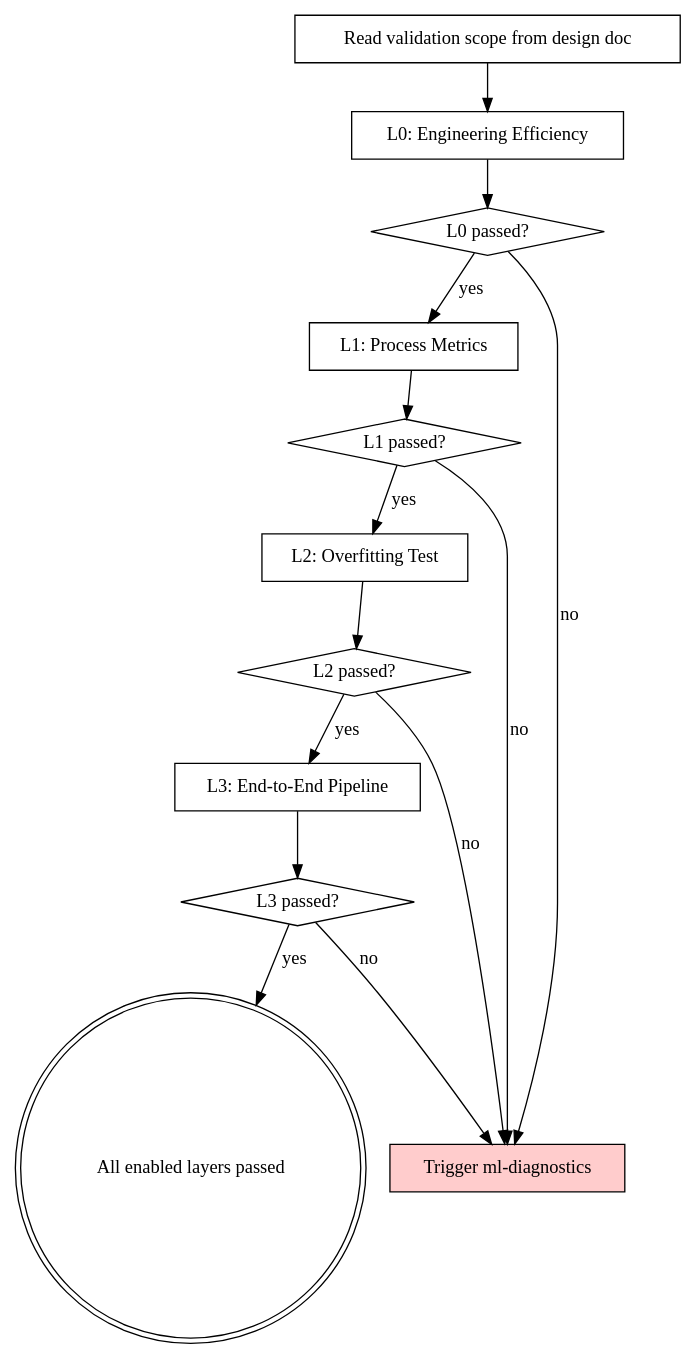
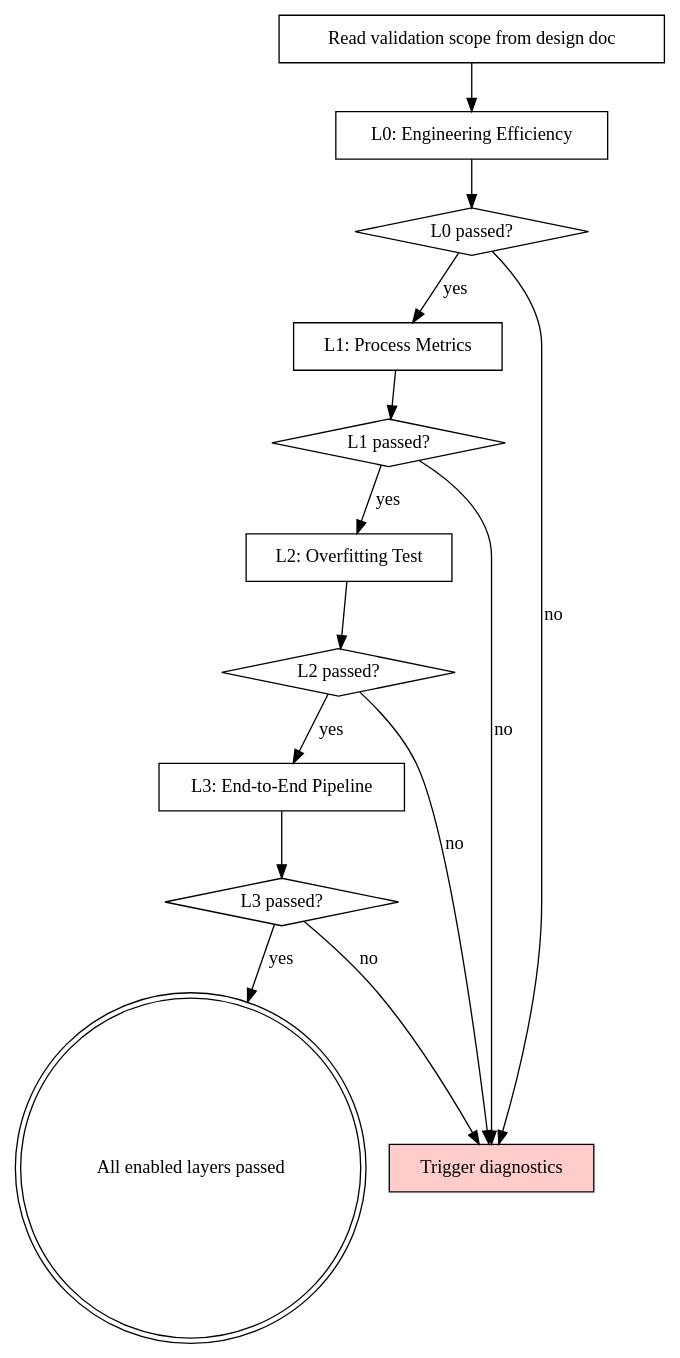
One commit to qqhard/superpowers-ML changed the diagram in skills/validation-pyramid/SKILL.md. Above: the diagram before and after it, drawn with Graphviz. The commit also changed other lines of this file and 20 other files, not shown here.

````diff
--- a/skills/validation-pyramid/SKILL.md
+++ b/skills/validation-pyramid/SKILL.md
@@ -24,29 +24,29 @@
 ```dot
 digraph validation_pyramid {
     "Read validation scope from design doc" [shape=box];
     "L0: Engineering Efficiency" [shape=box];
     "L0 passed?" [shape=diamond];
     "L1: Process Metrics" [shape=box];
     "L1 passed?" [shape=diamond];
     "L2: Overfitting Test" [shape=box];
     "L2 passed?" [shape=diamond];
     "L3: End-to-End Pipeline" [shape=box];
     "L3 passed?" [shape=diamond];
     "All enabled layers passed" [shape=doublecircle];
-    "Trigger ml-diagnostics" [shape=box, style=filled, fillcolor="#ffcccc"];
+    "Trigger diagnostics" [shape=box, style=filled, fillcolor="#ffcccc"];
 
     "Read validation scope from design doc" -> "L0: Engineering Efficiency";
     "L0: Engineering Efficiency" -> "L0 passed?";
     "L0 passed?" -> "L1: Process Metrics" [label="yes"];
-    "L0 passed?" -> "Trigger ml-diagnostics" [label="no"];
+    "L0 passed?" -> "Trigger diagnostics" [label="no"];
     "L1: Process Metrics" -> "L1 passed?";
     "L1 passed?" -> "L2: Overfitting Test" [label="yes"];
-    "L1 passed?" -> "Trigger ml-diagnostics" [label="no"];
+    "L1 passed?" -> "Trigger diagnostics" [label="no"];
     "L2: Overfitting Test" -> "L2 passed?";
     "L2 passed?" -> "L3: End-to-End Pipeline" [label="yes"];
-    "L2 passed?" -> "Trigger ml-diagnostics" [label="no"];
+    "L2 passed?" -> "Trigger diagnostics" [label="no"];
     "L3: End-to-End Pipeline" -> "L3 passed?";
     "L3 passed?" -> "All enabled layers passed" [label="yes"];
-    "L3 passed?" -> "Trigger ml-diagnostics" [label="no"];
+    "L3 passed?" -> "Trigger diagnostics" [label="no"];
 }
 ```
````
